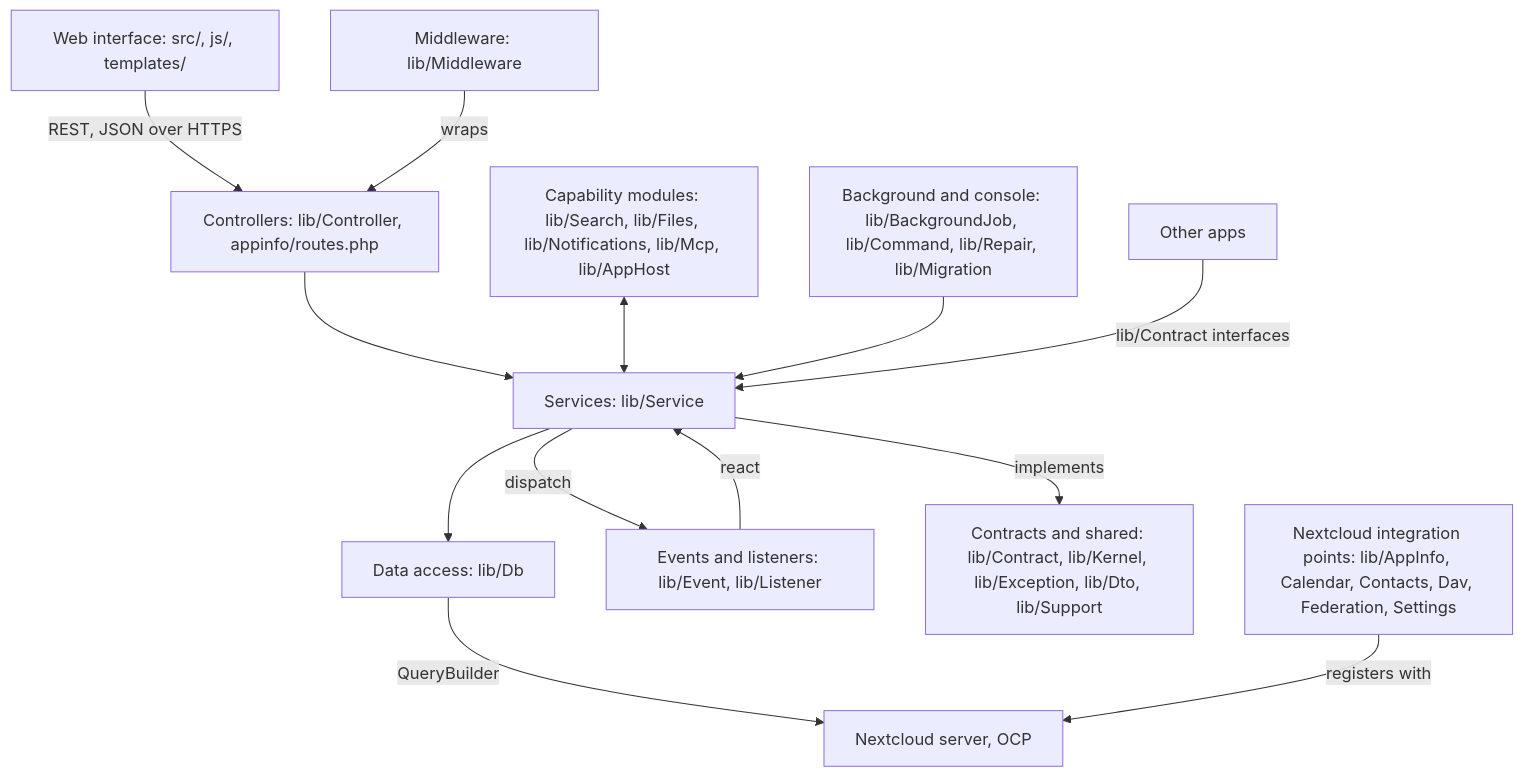
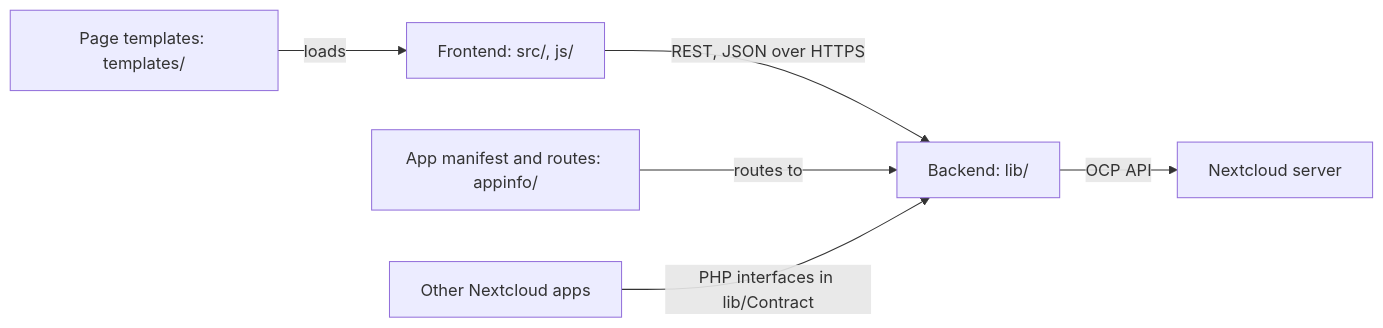
Before and after one commit to ConductionNL/openregister: the second of 2 diagrams in docs/Technical/hld-maintainability.md, drawn with Mermaid. The commit also changed other lines of this file, not shown here.

````diff
--- a/docs/Technical/hld-maintainability.md
+++ b/docs/Technical/hld-maintainability.md
@@ -170,15 +158,8 @@
 ```mermaid
-flowchart TB
-  UI[Web interface: src/, js/, templates/] -->|REST, JSON over HTTPS| CTL[Controllers: lib/Controller, appinfo/routes.php]
-  MW[Middleware: lib/Middleware] -->|wraps| CTL
-  CTL --> SVC[Services: lib/Service]
-  CAP[Capability modules: lib/Search, lib/Files, lib/Notifications, lib/Mcp, lib/AppHost] <--> SVC
-  SVC --> DB[Data access: lib/Db]
-  SVC -->|dispatch| EV[Events and listeners: lib/Event, lib/Listener]
-  EV -->|react| SVC
-  JOB[Background and console: lib/BackgroundJob, lib/Command, lib/Repair, lib/Migration] --> SVC
-  SVC -->|implements| K[Contracts and shared: lib/Contract, lib/Kernel, lib/Exception, lib/Dto, lib/Support]
-  OTHER[Other apps] -->|lib/Contract interfaces| SVC
-  DB -->|QueryBuilder| NC[Nextcloud server, OCP]
-  GLUE[Nextcloud integration points: lib/AppInfo, Calendar, Contacts, Dav, Federation, Settings] -->|registers with| NC
+flowchart LR
+  UI[Frontend: src/, js/] -->|REST, JSON over HTTPS| BE[Backend: lib/]
+  TPL[Page templates: templates/] -->|loads| UI
+  APP[App manifest and routes: appinfo/] -->|routes to| BE
+  OTHER[Other Nextcloud apps] -->|PHP interfaces in lib/Contract| BE
+  BE -->|OCP API| NC[Nextcloud server]
 ```
````
